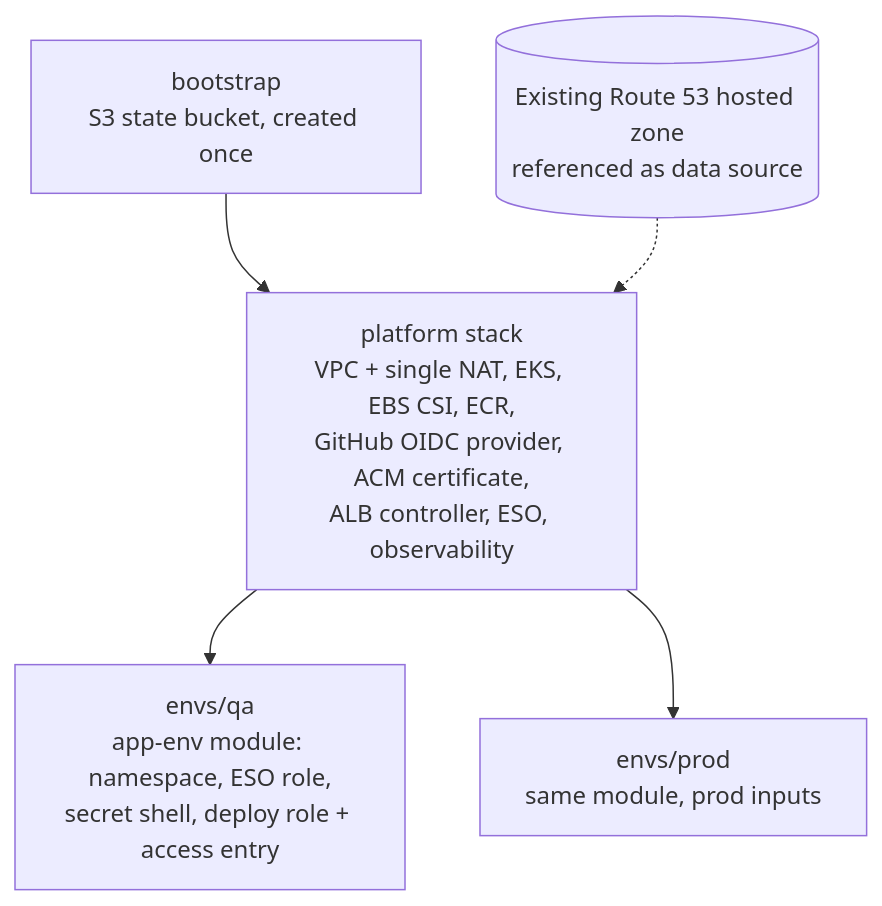
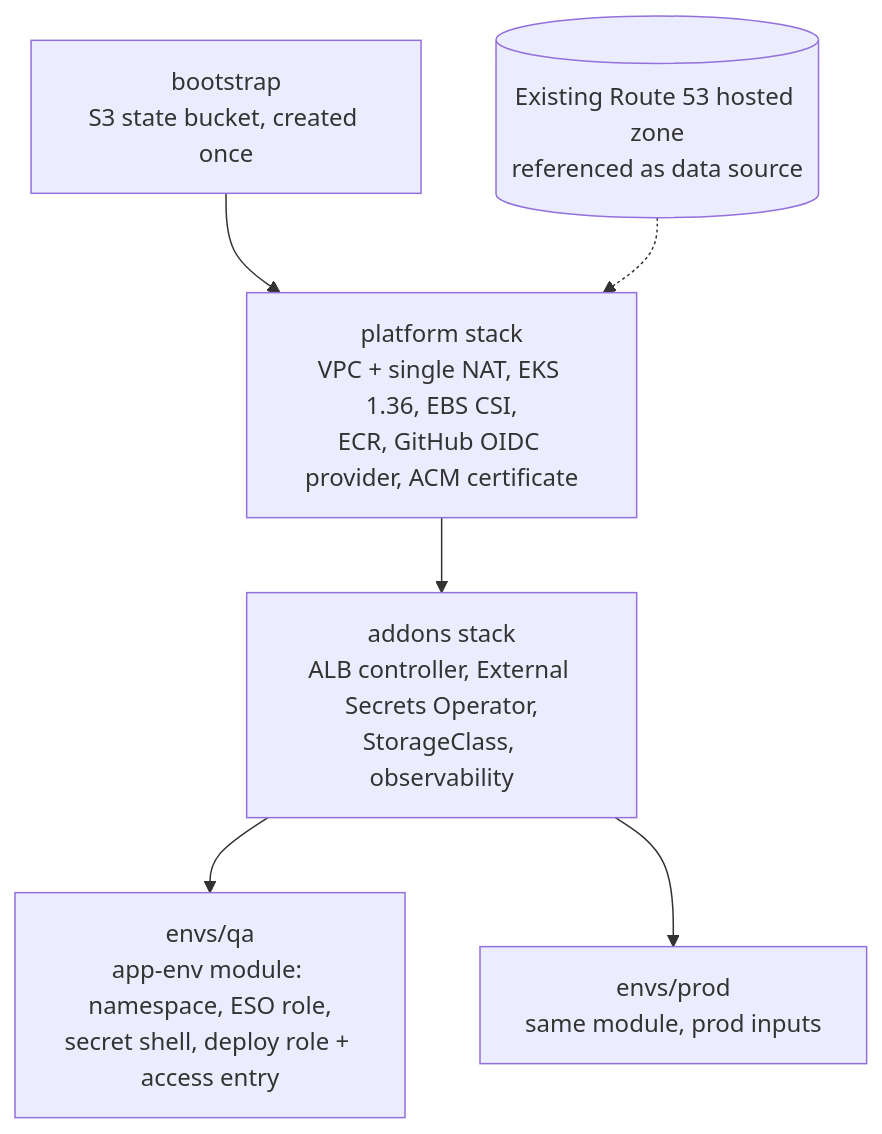
Before and after one commit to meetbrij/prod-grade-e2e-devsecops-pipeline: the eighth of 8 diagrams in README.md, drawn with Mermaid. The commit also changed other lines of this file and 20 other files, not shown here.

````diff
--- a/README.md
+++ b/README.md
@@ -275,9 +275,10 @@
 ```mermaid
 flowchart TD
     B[bootstrap<br/>S3 state bucket, created once] --> P
-    P[platform stack<br/>VPC + single NAT, EKS, EBS CSI, ECR,<br/>GitHub OIDC provider, ACM certificate,<br/>ALB controller, ESO, observability] --> Q
-    P --> R
+    P[platform stack<br/>VPC + single NAT, EKS 1.36, EBS CSI,<br/>ECR, GitHub OIDC provider, ACM certificate] --> A
+    A[addons stack<br/>ALB controller, External Secrets Operator,<br/>StorageClass, observability] --> Q
+    A --> R
     Q[envs/qa<br/>app-env module: namespace, ESO role,<br/>secret shell, deploy role + access entry]
     R[envs/prod<br/>same module, prod inputs]
     Z[(Existing Route 53 hosted zone<br/>referenced as data source)] -.-> P
 ```
````
